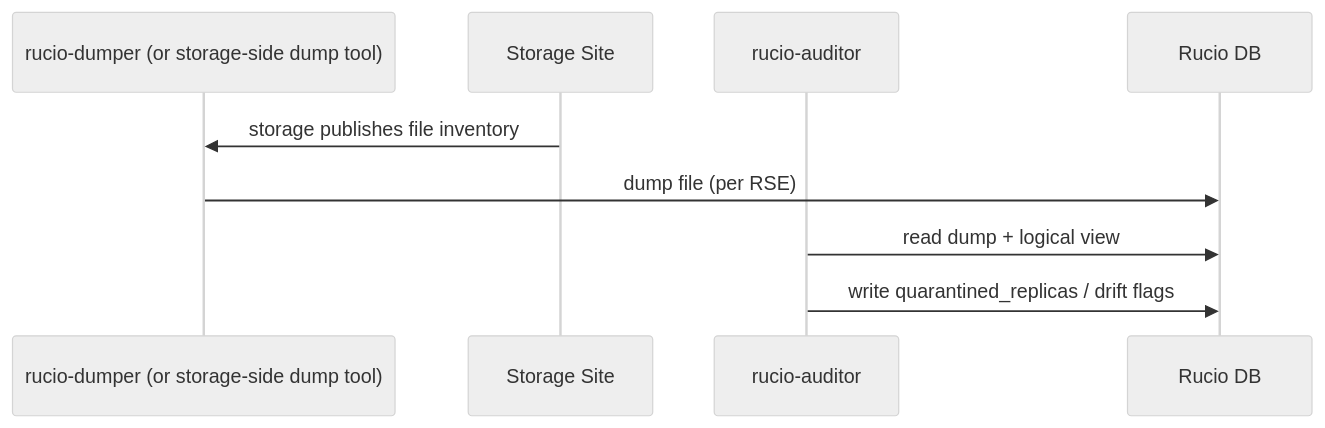
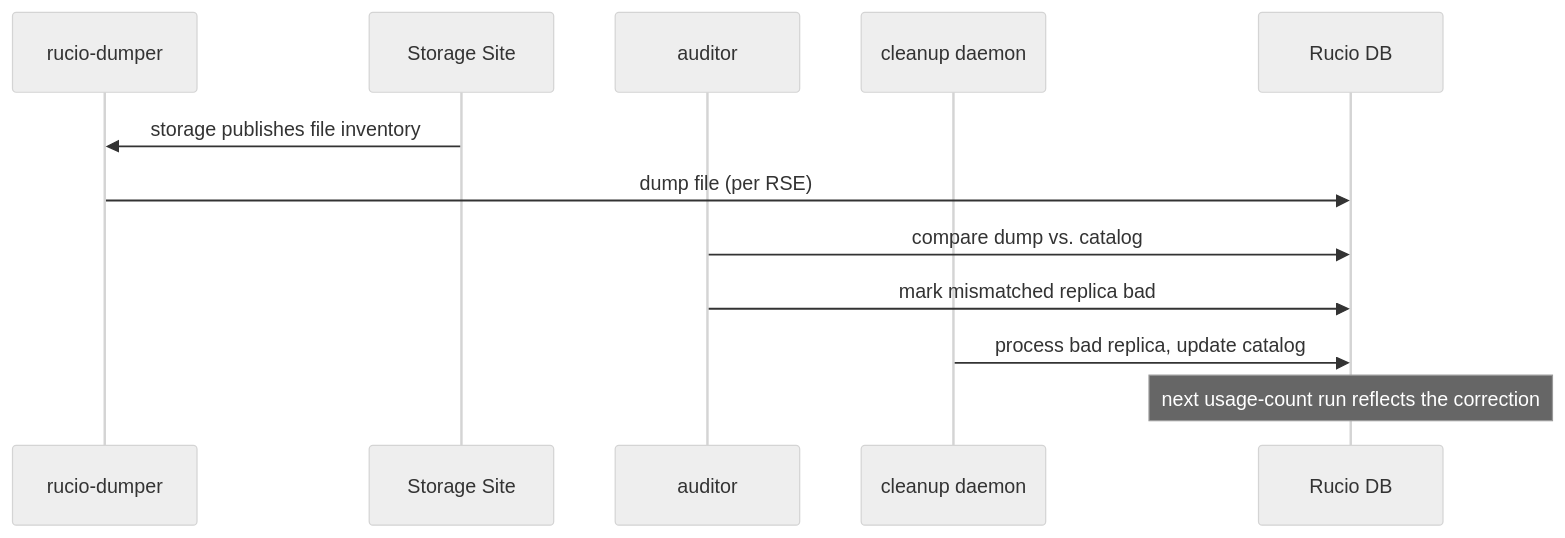
One commit to RI-SCALE/dep-dlm-testbed changed the first of 2 diagrams in docs/concepts/cms-storage-accounting.md. Above: the diagram before and after it, drawn with Mermaid (neutral theme). The commit also changed other lines of this file and 2 other files, not shown here.

First line of the commit message:
docs: revise ADR-005 for CRMS storage accounting via Rucio

````diff
--- a/docs/concepts/cms-storage-accounting.md
+++ b/docs/concepts/cms-storage-accounting.md
@@ -79,12 +83,15 @@
 ```mermaid
 sequenceDiagram
-participant D as rucio-dumper (or storage-side dump tool)
+participant D as rucio-dumper
 participant S as Storage Site
-participant A as rucio-auditor
+participant A as auditor
+participant N as cleanup daemon
 participant DB as Rucio DB
 
 S->>D: storage publishes file inventory
 D->>DB: dump file (per RSE)
-A->>DB: read dump + logical view
-A->>DB: write quarantined_replicas / drift flags
+A->>DB: compare dump vs. catalog
+A->>DB: mark mismatched replica bad
+N->>DB: process bad replica, update catalog
+Note over DB: next usage-count run reflects the correction
 ```
````
